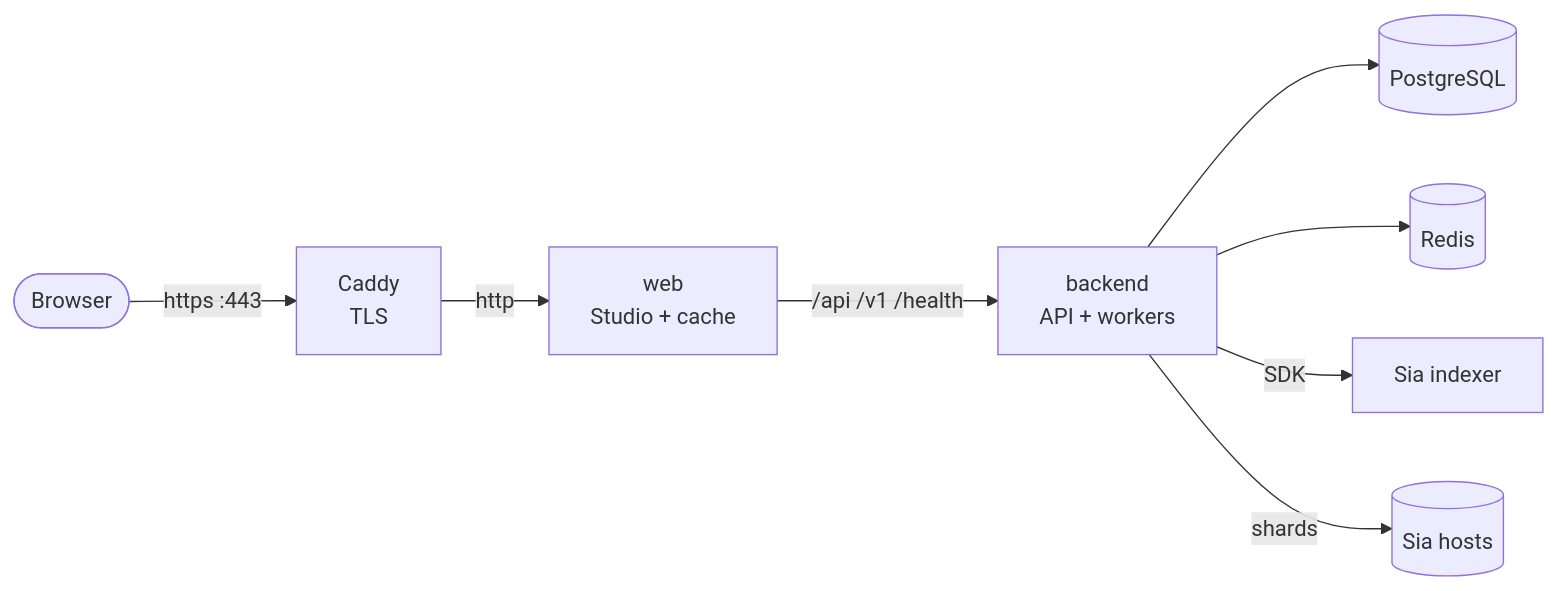
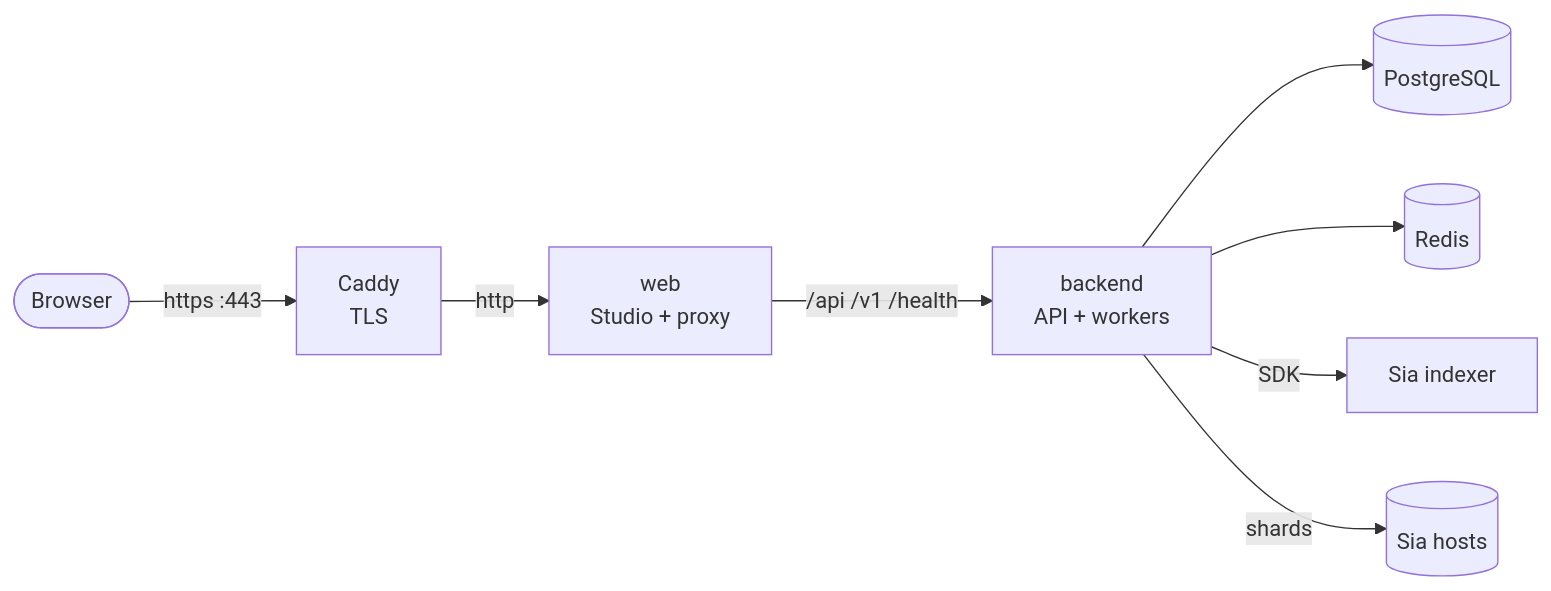
One commit to justmert/Sluby changed the diagram in docs/guide/production.md. Above: the diagram before and after it, drawn with Mermaid. The commit also changed other lines of this file, not shown here.

Commit message:
fix the zen shard ratios, the proxy body size and the quickstart password in the production guide

````diff
--- a/docs/guide/production.md
+++ b/docs/guide/production.md
@@ -11,10 +11,10 @@
 ```mermaid
 flowchart LR
   browser([Browser]) -- "https :443" --> caddy[Caddy<br/>TLS]
-  caddy -- "http" --> web[web<br/>Studio + cache]
+  caddy -- "http" --> web[web<br/>Studio + proxy]
   web -- "/api /v1 /health" --> backend[backend<br/>API + workers]
   backend --> postgres[(PostgreSQL)]
   backend --> redis[(Redis)]
   backend -- "SDK" --> indexer[Sia indexer]
   backend -- "shards" --> hosts[(Sia hosts)]
 ```
````
